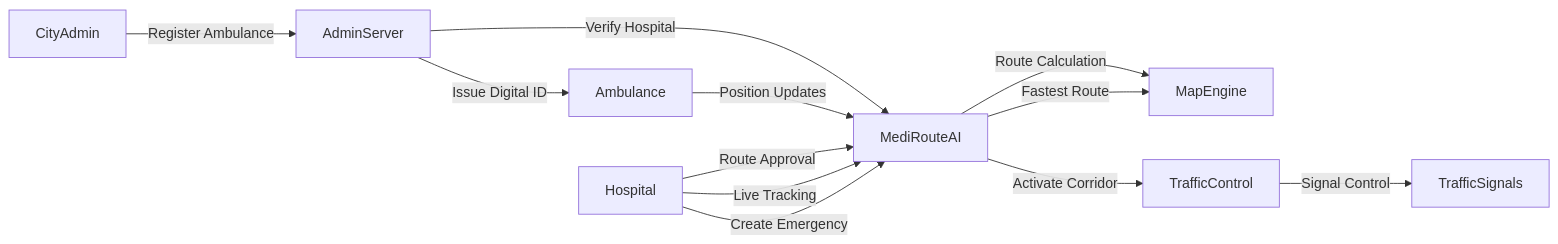
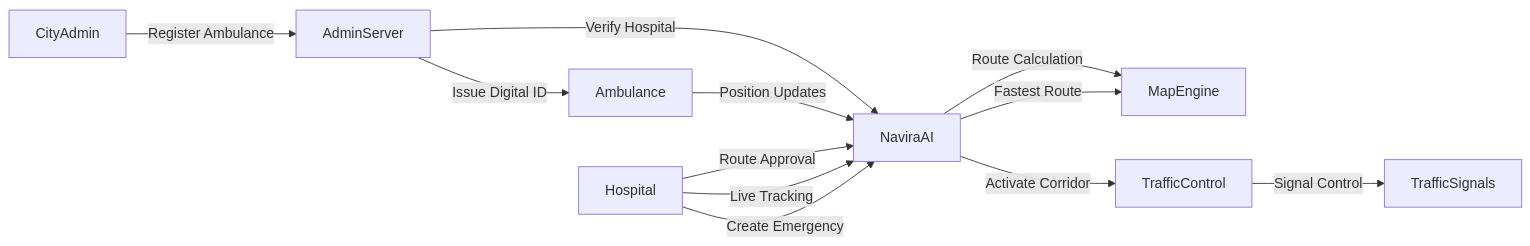
The diagram in docs/system-architecture.md (Manthan077/Navira-AI), drawn with Mermaid before and after one commit. The commit also changed other lines of this file and 5 other files, not shown here.

Commit message:
fix: Update references and assets from MediRoute AI to Navira AI across documentation and code

````diff
--- a/docs/system-architecture.md
+++ b/docs/system-architecture.md
@@ -3,14 +3,14 @@
 ```mermaid
 graph LR
     CityAdmin -->|Register Ambulance| AdminServer
     AdminServer -->|Issue Digital ID| Ambulance
-    AdminServer -->|Verify Hospital| MediRouteAI
-    Ambulance -->|Position Updates| MediRouteAI
-    Hospital -->|Route Approval| MediRouteAI
-    Hospital -->|Live Tracking| MediRouteAI
-    Hospital -->|Create Emergency| MediRouteAI
-    MediRouteAI -->|Route Calculation| MapEngine
-    MediRouteAI -->|Fastest Route| MapEngine
-    MediRouteAI -->|Activate Corridor| TrafficControl
+    AdminServer -->|Verify Hospital| NaviraAI
+    Ambulance -->|Position Updates| NaviraAI
+    Hospital -->|Route Approval| NaviraAI
+    Hospital -->|Live Tracking| NaviraAI
+    Hospital -->|Create Emergency| NaviraAI
+    NaviraAI -->|Route Calculation| MapEngine
+    NaviraAI -->|Fastest Route| MapEngine
+    NaviraAI -->|Activate Corridor| TrafficControl
     TrafficControl -->|Signal Control| TrafficSignals
 ```
````
